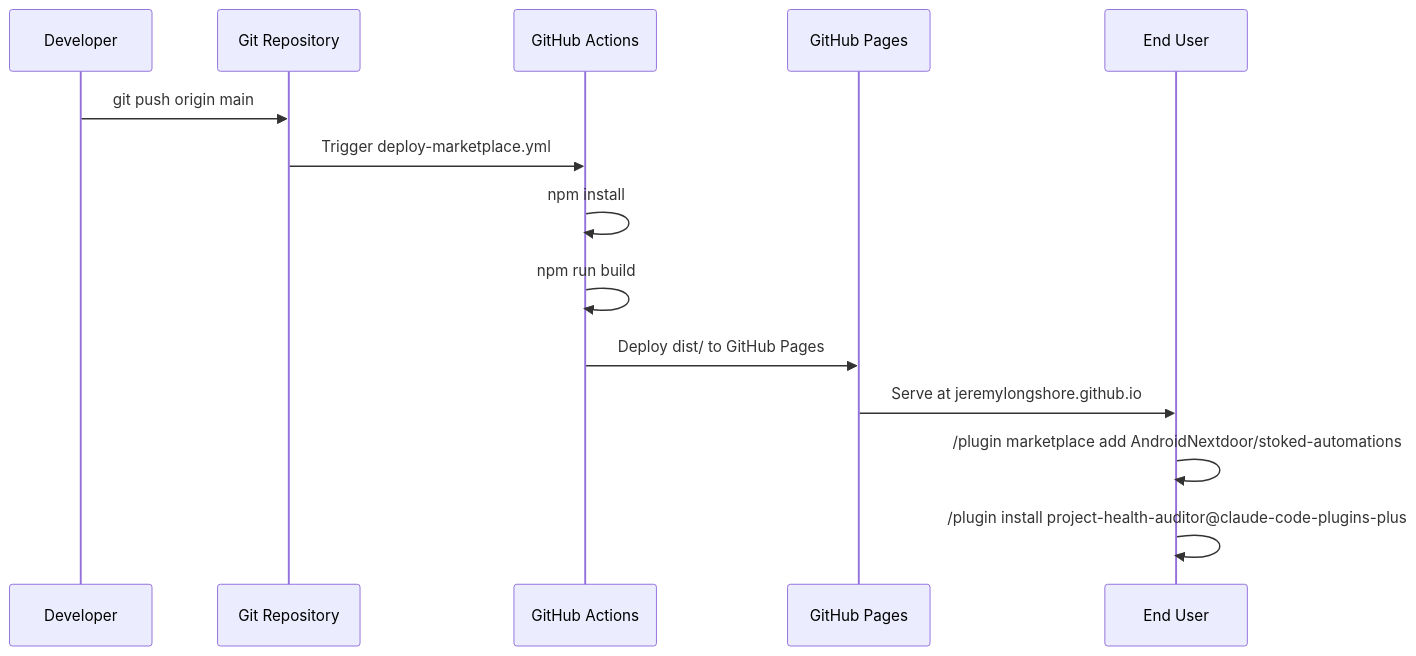
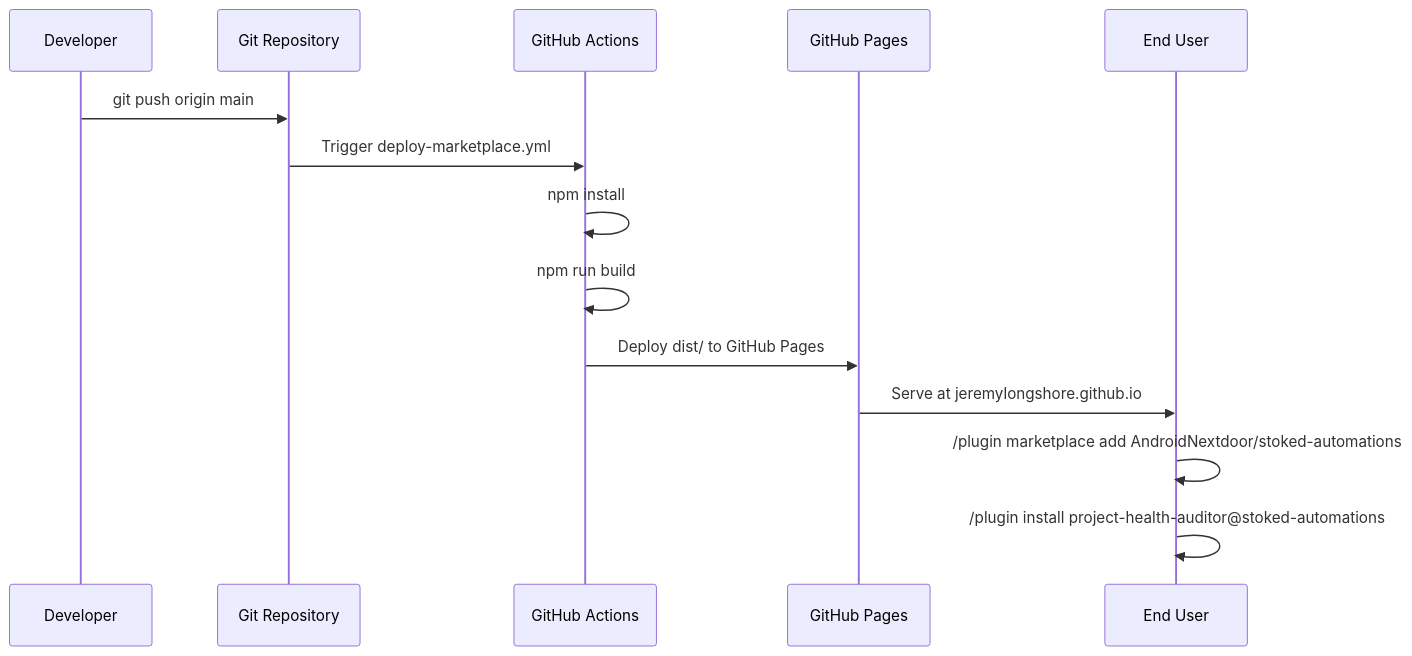
The fourth of 6 diagrams in archive/development-docs/RELEASE-PLAN.md (AndroidNextdoor/stoked-automations), drawn with Mermaid before and after one commit. The commit also changed other lines of this file and 499 other files, not shown here.

````diff
--- a/archive/development-docs/RELEASE-PLAN.md
+++ b/archive/development-docs/RELEASE-PLAN.md
@@ -203,17 +203,17 @@
 ```mermaid
 sequenceDiagram
     participant Dev as Developer
     participant Git as Git Repository
     participant Actions as GitHub Actions
     participant Pages as GitHub Pages
     participant User as End User
 
     Dev->>Git: git push origin main
     Git->>Actions: Trigger deploy-marketplace.yml
     Actions->>Actions: npm install
     Actions->>Actions: npm run build
     Actions->>Pages: Deploy dist/ to GitHub Pages
     Pages->>User: Serve at jeremylongshore.github.io
     User->>User: /plugin marketplace add AndroidNextdoor/stoked-automations
-    User->>User: /plugin install project-health-auditor@claude-code-plugins-plus
+    User->>User: /plugin install project-health-auditor@stoked-automations
 ```
````
